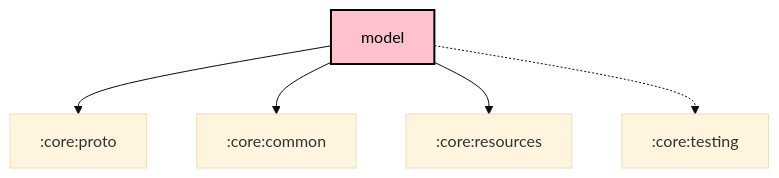
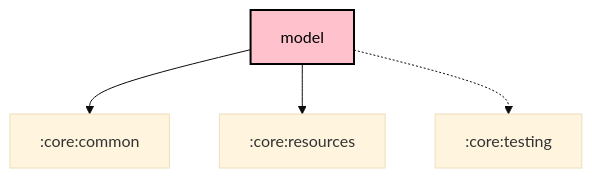
The diagram in core/model/README.md (meshtastic/Meshtastic-Android), drawn with Mermaid (base theme) before and after one commit. The commit also changed 17 other files, not shown here.

First line of the commit message:
chore: Scheduled updates (Firmware, Hardware, Translations, Graphs)

````diff
--- a/core/model/README.md
+++ b/core/model/README.md
@@ -33,22 +33,21 @@
 ```mermaid
 graph TB
   :core:model[model]:::kmp-library
-  :core:model --> :core:proto
   :core:model --> :core:common
   :core:model --> :core:resources
   :core:model -.-> :core:testing
 
 classDef android-application fill:#CAFFBF,stroke:#000,stroke-width:2px,color:#000;
 classDef android-application-compose fill:#CAFFBF,stroke:#000,stroke-width:2px,color:#000;
 classDef compose-desktop-application fill:#CAFFBF,stroke:#000,stroke-width:2px,color:#000;
 classDef android-feature fill:#FFD6A5,stroke:#000,stroke-width:2px,color:#000;
 classDef android-library fill:#9BF6FF,stroke:#000,stroke-width:2px,color:#000;
 classDef android-library-compose fill:#9BF6FF,stroke:#000,stroke-width:2px,color:#000;
 classDef android-test fill:#A0C4FF,stroke:#000,stroke-width:2px,color:#000;
 classDef jvm-library fill:#BDB2FF,stroke:#000,stroke-width:2px,color:#000;
 classDef kmp-feature fill:#FFD6A5,stroke:#000,stroke-width:2px,color:#000;
 classDef kmp-library-compose fill:#FFC1CC,stroke:#000,stroke-width:2px,color:#000;
 classDef kmp-library fill:#FFC1CC,stroke:#000,stroke-width:2px,color:#000;
 classDef unknown fill:#FFADAD,stroke:#000,stroke-width:2px,color:#000;
 
 ```
````
